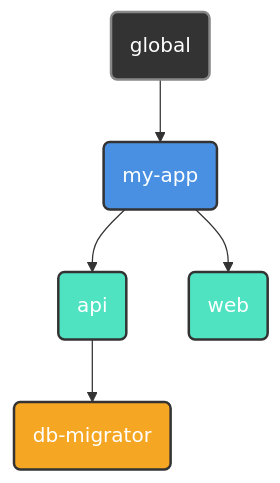
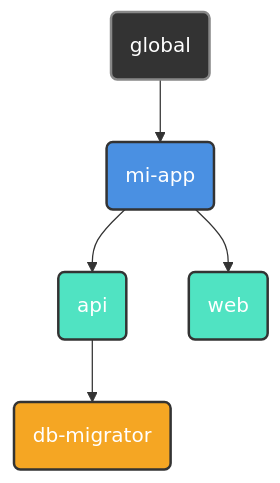
Before and after one commit to RetypeOS/axes: the diagram in docs/es/README.md, drawn with Mermaid. The commit also changed other lines of this file and 4 other files, not shown here.

````diff
--- a/docs/es/README.md
+++ b/docs/es/README.md
@@ -90,13 +111,13 @@
 ```mermaid
 graph TD
-    A(global) --> B(my-app);
+    A(global) --> B(mi-app);
     B --> C(api);
     B --> D(web);
     C --> E(db-migrator);
 
     style A fill:#333,stroke:#888,stroke-width:2px,color:#fff
     style B fill:#4a90e2,stroke:#333,stroke-width:2px,color:#fff
     style C fill:#50e3c2,stroke:#333,stroke-width:2px,color:#fff
     style D fill:#50e3c2,stroke:#333,stroke-width:2px,color:#fff
     style E fill:#f5a623,stroke:#333,stroke-width:2px,color:#fff
 ```
````
